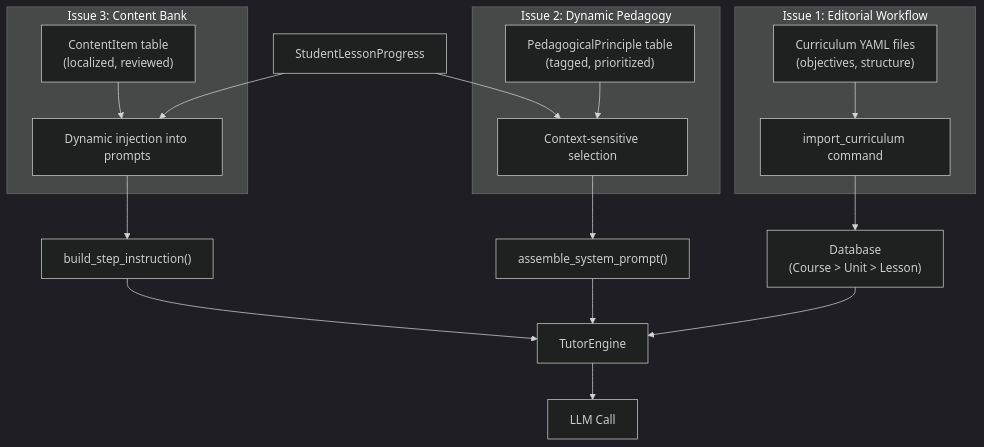
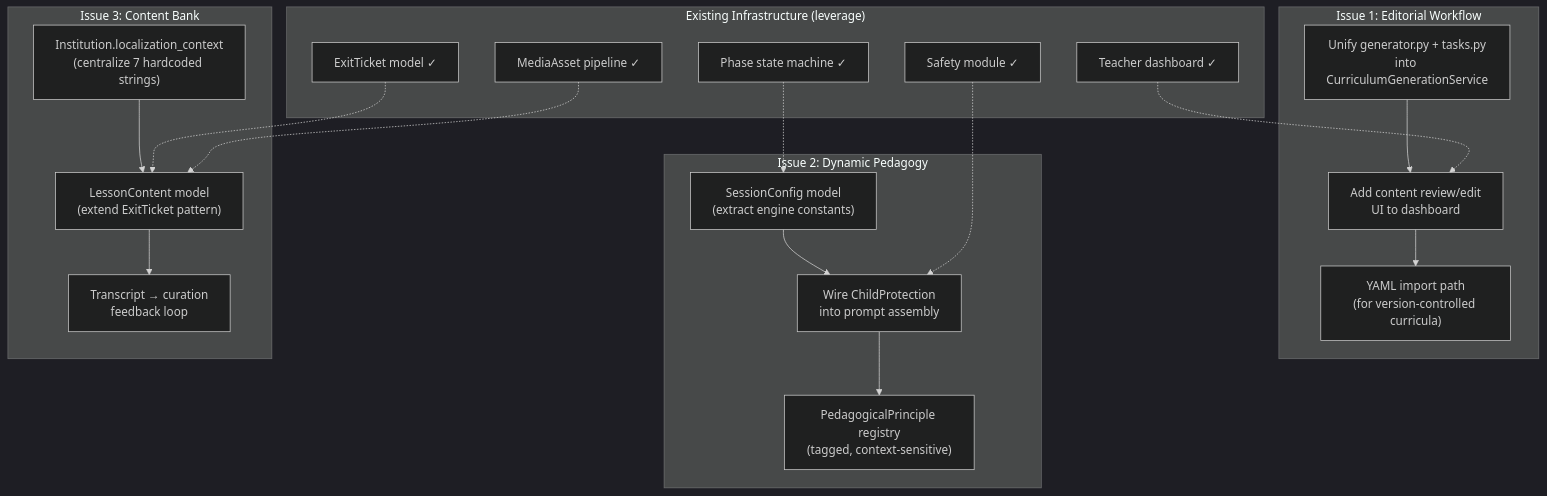
Diagram 11 of 11 in design/PROMPT_AND_CURRICULUM_DEEP_DIVE.md (eai6/ai-tutor), drawn with Mermaid (dark theme) before and after one commit. The commit also changed other lines of this file, not shown here.

First line of the commit message:
Update deep dive design doc with new code analysis (generator, engine, exit tickets)

````diff
--- a/design/PROMPT_AND_CURRICULUM_DEEP_DIVE.md
+++ b/design/PROMPT_AND_CURRICULUM_DEEP_DIVE.md
@@ -614,28 +581,43 @@
 ```mermaid
 flowchart TD
     subgraph "Issue 1: Editorial Workflow"
-        YAML["Curriculum YAML files\n(objectives, structure)"]
-        IMPORT["import_curriculum command"]
+        UNIFY["Unify generator.py + tasks.py\ninto CurriculumGenerationService"]
+        REVIEW_UI["Add content review/edit\nUI to dashboard"]
+        YAML["YAML import path\n(for version-controlled curricula)"]
     end
 
     subgraph "Issue 2: Dynamic Pedagogy"
-        PRINC["PedagogicalPrinciple table\n(tagged, prioritized)"]
-        PSEL["Context-sensitive selection"]
+        SCONFIG["SessionConfig model\n(extract engine constants)"]
+        WIRE_SAFETY["Wire ChildProtection\ninto prompt assembly"]
+        PRINC["PedagogicalPrinciple registry\n(tagged, context-sensitive)"]
     end
 
     subgraph "Issue 3: Content Bank"
-        CBANK["ContentItem table\n(localized, reviewed)"]
-        CINJ["Dynamic injection into prompts"]
+        LOC_FIELD["Institution.localization_context\n(centralize 7 hardcoded strings)"]
+        CONTENT_MODEL["LessonContent model\n(extend ExitTicket pattern)"]
+        FEEDBACK["Transcript → curation\nfeedback loop"]
     end
 
-    YAML --> IMPORT --> DB["Database\n(Course > Unit > Lesson)"]
-    PRINC --> PSEL --> PROMPT["assemble_system_prompt()"]
-    CBANK --> CINJ --> STEP["build_step_instruction()"]
+    UNIFY --> REVIEW_UI
+    REVIEW_UI --> YAML
 
-    DB --> ENGINE["TutorEngine"]
-    PROMPT --> ENGINE
-    STEP --> ENGINE
-    ENGINE --> LLM["LLM Call"]
-    STUDENT_PERF["StudentLessonProgress"] --> PSEL
-    STUDENT_PERF --> CINJ
+    SCONFIG --> WIRE_SAFETY
+    WIRE_SAFETY --> PRINC
+
+    LOC_FIELD --> CONTENT_MODEL
+    CONTENT_MODEL --> FEEDBACK
+
+    subgraph "Existing Infrastructure (leverage)"
+        ET["ExitTicket model ✓"]
+        DASH["Teacher dashboard ✓"]
+        PHASE["Phase state machine ✓"]
+        MEDIA["MediaAsset pipeline ✓"]
+        SAFETY["Safety module ✓"]
+    end
+
+    ET -.-> CONTENT_MODEL
+    DASH -.-> REVIEW_UI
+    PHASE -.-> SCONFIG
+    MEDIA -.-> CONTENT_MODEL
+    SAFETY -.-> WIRE_SAFETY
 ```
````
